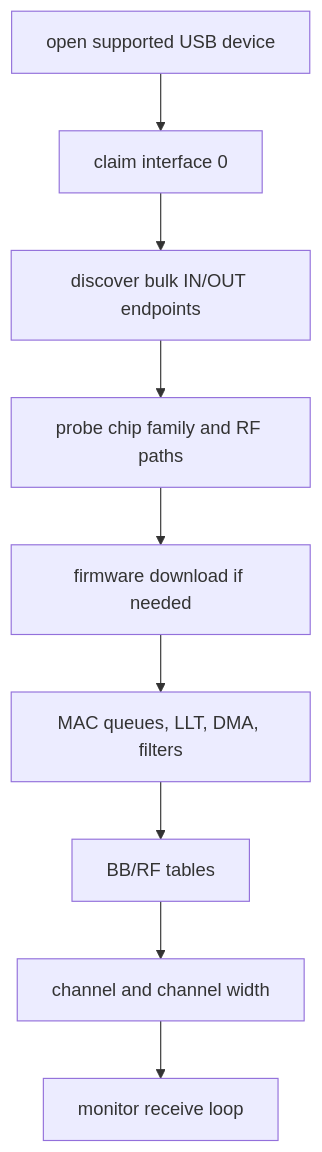
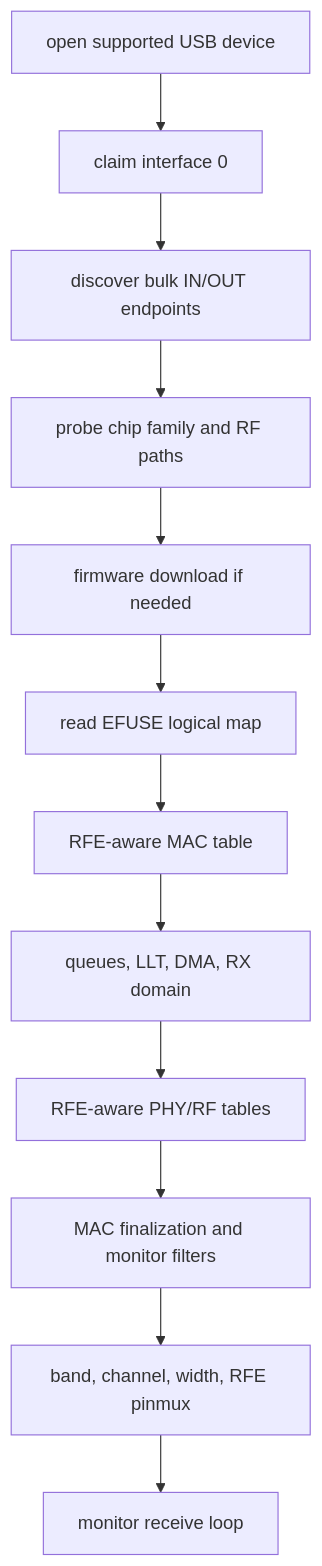
The diagram in docs/docs/realtek-driver.md (neelsani/openipc-rs), drawn with Mermaid before and after one commit. The commit also changed other lines of this file and 39 other files, not shown here.

````diff
--- a/docs/docs/realtek-driver.md
+++ b/docs/docs/realtek-driver.md
@@ -43,11 +84,14 @@
 ```mermaid
 flowchart TD
     A["open supported USB device"] --> B["claim interface 0"]
     B --> C["discover bulk IN/OUT endpoints"]
     C --> D["probe chip family and RF paths"]
     D --> E["firmware download if needed"]
-    E --> F["MAC queues, LLT, DMA, filters"]
-    F --> G["BB/RF tables"]
-    G --> H["channel and channel width"]
-    H --> I["monitor receive loop"]
+    E --> F["read EFUSE logical map"]
+    F --> G["RFE-aware MAC table"]
+    G --> H["queues, LLT, DMA, RX domain"]
+    H --> I["RFE-aware PHY/RF tables"]
+    I --> J["MAC finalization and monitor filters"]
+    J --> K["band, channel, width, RFE pinmux"]
+    K --> L["monitor receive loop"]
 ```
````
